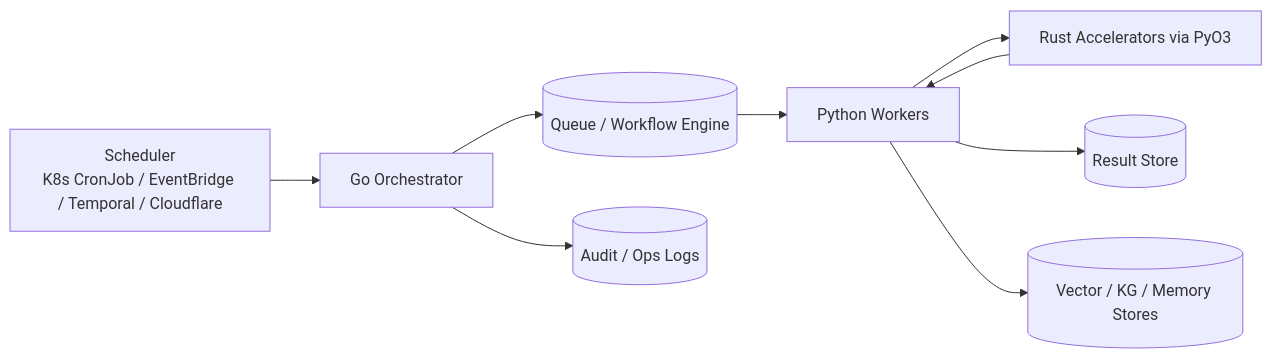
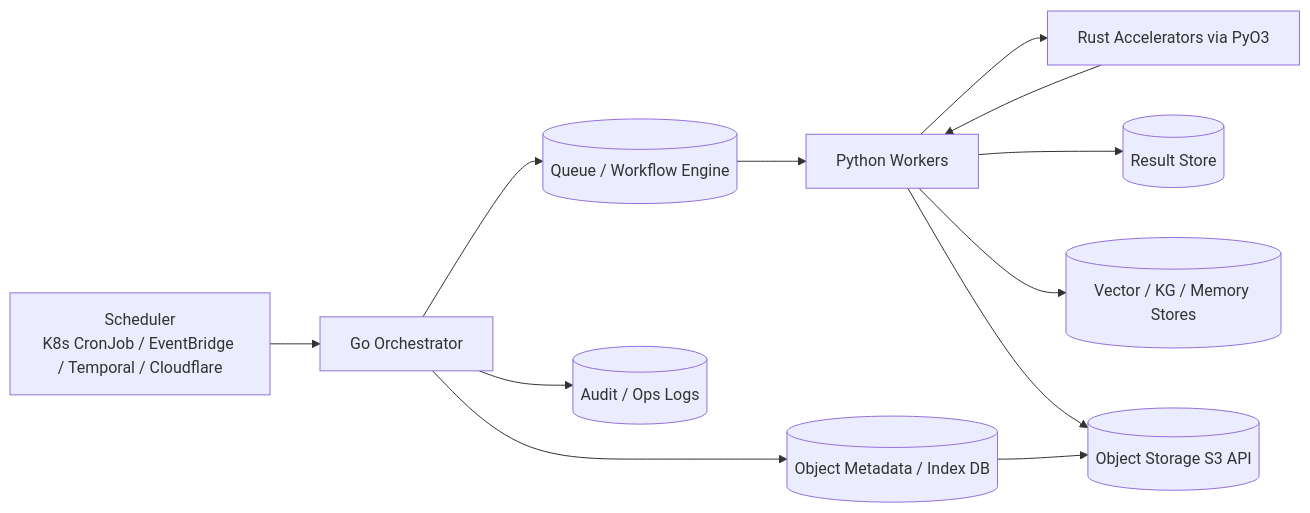
One commit to japorto100/trading-project changed the second of 3 diagrams in docs/specs/ARCHITECTURE.md. Above: the diagram before and after it, drawn with Mermaid. The commit also changed other lines of this file and 152 other files, not shown here.

````diff
--- a/docs/specs/ARCHITECTURE.md
+++ b/docs/specs/ARCHITECTURE.md
@@ -70,11 +84,14 @@
 ```mermaid
 flowchart LR
     S[Scheduler<br/>K8s CronJob / EventBridge / Temporal / Cloudflare] --> O[Go Orchestrator]
     O --> Q[(Queue / Workflow Engine)]
     Q --> W[Python Workers]
     W --> X[Rust Accelerators via PyO3]
     X --> W
     W --> RS[(Result Store)]
     W --> VC[(Vector / KG / Memory Stores)]
+    W --> OS[(Object Storage S3 API)]
+    O --> M[(Object Metadata / Index DB)]
+    M --> OS
     O --> AO[(Audit / Ops Logs)]
 ```
````
